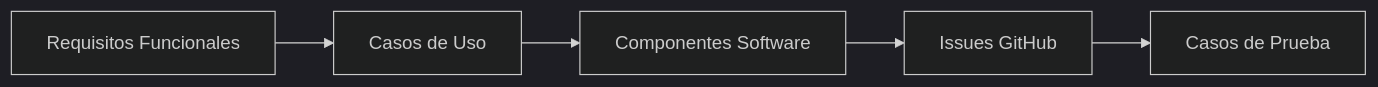
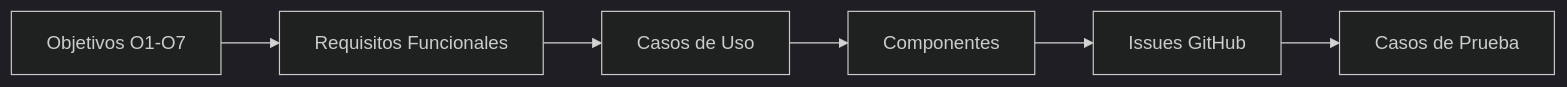
The first of 2 diagrams in docs/requirements/traceability-matrix.md (pabloo806/Trabajo-de-Fin-de-Grado), drawn with Mermaid (dark theme) before and after one commit. The commit also changed other lines of this file, not shown here.

````diff
--- a/docs/requirements/traceability-matrix.md
+++ b/docs/requirements/traceability-matrix.md
@@ -56,18 +159,25 @@
 ```mermaid
 flowchart LR
+
+    OBJ[Objetivos O1-O7]
 
     RF[Requisitos Funcionales]
 
     CU[Casos de Uso]
 
-    CMP[Componentes Software]
+    CMP[Componentes]
 
-    DEV[Issues GitHub]
+    GH[Issues GitHub]
 
     TEST[Casos de Prueba]
 
+    OBJ --> RF
+
     RF --> CU
+
     CU --> CMP
-    CMP --> DEV
-    DEV --> TEST
+
+    CMP --> GH
+
+    GH --> TEST
 ```
````
